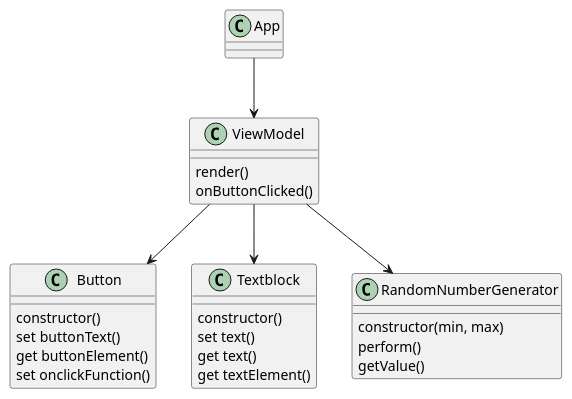
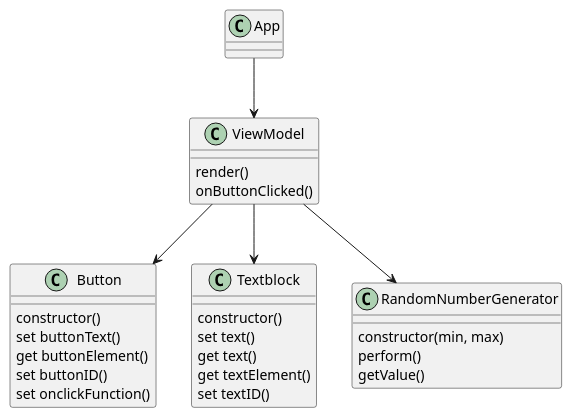
One commit to Larry21t/dice3 changed the diagram in puml/plantuml_Klassendiagramm_dice3.puml. Above: the diagram before and after it, drawn with PlantUML. The commit also changed 6 other files, not shown here.

```diff
--- a/puml/plantuml_Klassendiagramm_dice3.puml
+++ b/puml/plantuml_Klassendiagramm_dice3.puml
@@ -1,31 +1,33 @@
 @startuml dice3
 
 class App
 class ViewModel{
   render()
   onButtonClicked()
 }
 class Button{
   constructor()
   set buttonText()
   get buttonElement()
+  set buttonID()
   set onclickFunction()
 }
 class Textblock{
   constructor()
   set text()
   get text()
   get textElement()
+  set textID()
 }
 class RandomNumberGenerator{
   constructor(min, max)
   perform()
   getValue()
 }
 
 App --> ViewModel
 ViewModel --> Button
 ViewModel --> Textblock
 ViewModel --> RandomNumberGenerator
 
 @enduml
```
